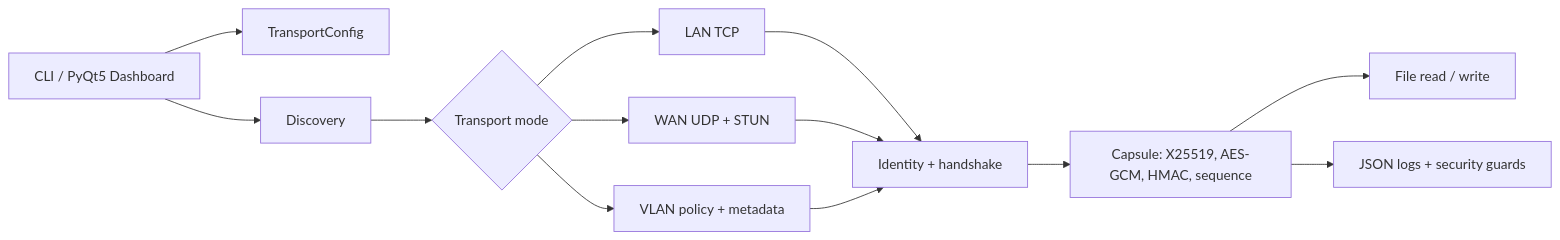
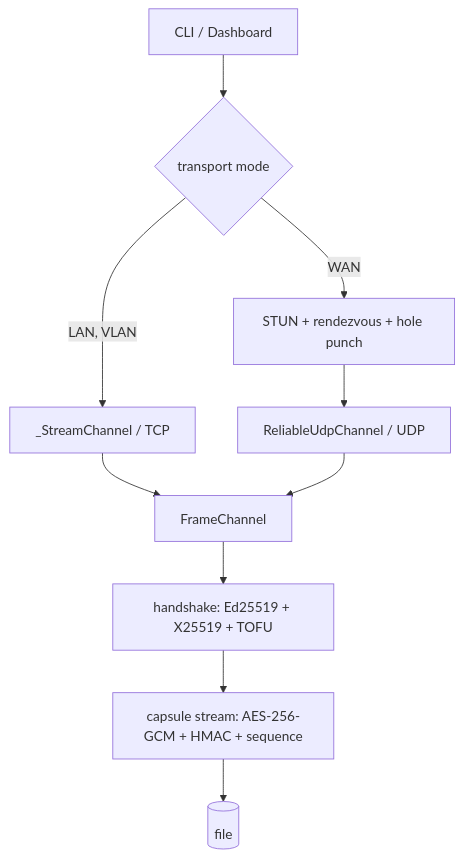
One commit to FirasBech/securelink changed the diagram in README.md. Above: the diagram before and after it, drawn with Mermaid. The commit also changed other lines of this file, not shown here.

First line of the commit message:
Rewrite the README architecture section

````diff
--- a/README.md
+++ b/README.md
@@ -47,15 +67,11 @@
 ```mermaid
-flowchart LR
-  UI[CLI / PyQt5 Dashboard] --> CFG[TransportConfig]
-  UI --> DISC[Discovery]
-  DISC --> MODE{Transport mode}
-  MODE --> LAN[LAN TCP]
-  MODE --> WAN[WAN UDP + STUN]
-  MODE --> VLAN[VLAN policy + metadata]
-  LAN --> AUTH[Identity + handshake]
-  WAN --> AUTH
-  VLAN --> AUTH
-  AUTH --> CRYPTO[Capsule: X25519, AES-GCM, HMAC, sequence]
-  CRYPTO --> IO[File read / write]
-  CRYPTO --> LOG[JSON logs + security guards]
+flowchart TD
+  UI[CLI / Dashboard] --> SEL{transport mode}
+  SEL -->|LAN, VLAN| TCP[_StreamChannel / TCP]
+  SEL -->|WAN| NAT[STUN + rendezvous + hole punch] --> UDP[ReliableUdpChannel / UDP]
+  TCP --> CH[FrameChannel]
+  UDP --> CH
+  CH --> HS[handshake: Ed25519 + X25519 + TOFU]
+  HS --> CAP[capsule stream: AES-256-GCM + HMAC + sequence]
+  CAP --> FILE[(file)]
 ```
````
